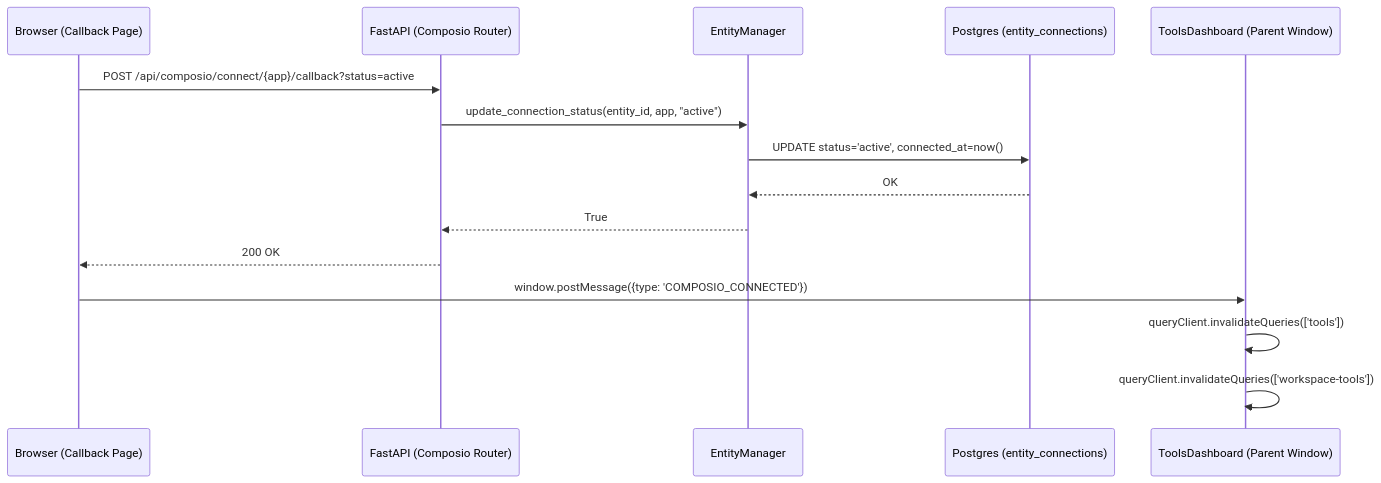
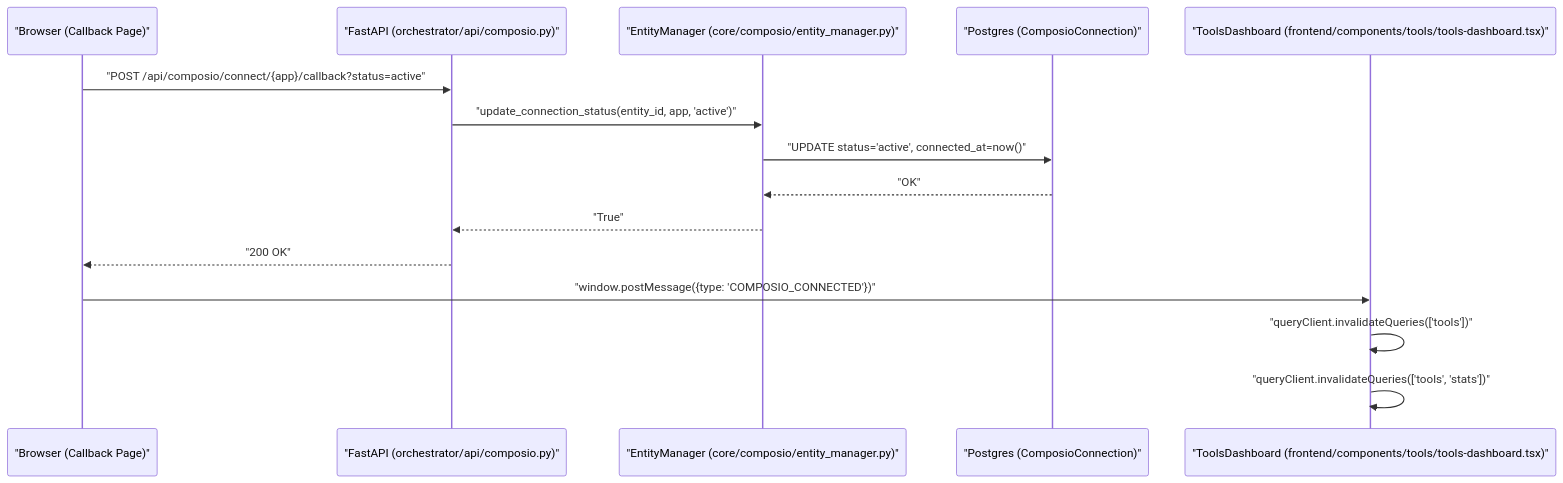
The second of 2 diagrams in docs/tools-integrations/connecting-apps.md (AutomatosAI/automatos-ai), drawn with Mermaid before and after one commit. The commit also changed other lines of this file and 153 other files, not shown here.

````diff
--- a/docs/tools-integrations/connecting-apps.md
+++ b/docs/tools-integrations/connecting-apps.md
@@ -219,18 +223,18 @@
 ```mermaid
 sequenceDiagram
-    participant B as Browser (Callback Page)
-    participant API as FastAPI (Composio Router)
-    participant EM as EntityManager
-    participant DB as Postgres (entity_connections)
-    participant UI as ToolsDashboard (Parent Window)
+    participant B as "Browser (Callback Page)"
+    participant API as "FastAPI (orchestrator/api/composio.py)"
+    participant EM as "EntityManager (core/composio/entity_manager.py)"
+    participant DB as "Postgres (ComposioConnection)"
+    participant UI as "ToolsDashboard (frontend/components/tools/tools-dashboard.tsx)"
 
-    B->>API: POST /api/composio/connect/{app}/callback?status=active
-    API->>EM: update_connection_status(entity_id, app, "active")
-    EM->>DB: UPDATE status='active', connected_at=now()
-    DB-->>EM: OK
-    EM-->>API: True
-    API-->>B: 200 OK
-    B->>UI: window.postMessage({type: 'COMPOSIO_CONNECTED'})
-    UI->>UI: queryClient.invalidateQueries(['tools'])
-    UI->>UI: queryClient.invalidateQueries(['workspace-tools'])
+    B->>API: "POST /api/composio/connect/{app}/callback?status=active"
+    API->>EM: "update_connection_status(entity_id, app, 'active')"
+    EM->>DB: "UPDATE status='active', connected_at=now()"
+    DB-->>EM: "OK"
+    EM-->>API: "True"
+    API-->>B: "200 OK"
+    B->>UI: "window.postMessage({type: 'COMPOSIO_CONNECTED'})"
+    UI->>UI: "queryClient.invalidateQueries(['tools'])"
+    UI->>UI: "queryClient.invalidateQueries(['tools', 'stats'])"
 ```
````
